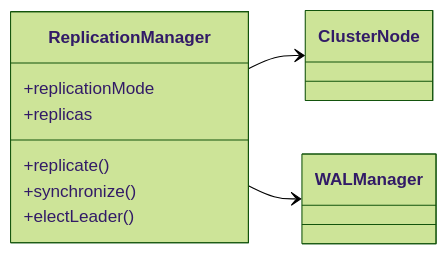
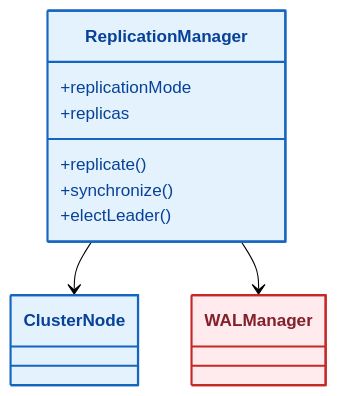
Before and after one commit to Huy1801214/dbms-architecture: diagram 18 of 19 in docs/README.md, drawn with Mermaid (forest theme). The commit also changed other lines of this file, not shown here.

Commit message:
add system architecture and class diagrams for DBMS design

````diff
--- a/docs/README.md
+++ b/docs/README.md
@@ -875,20 +1885,27 @@
 ```mermaid
 classDiagram
-direction LR
+direction TB
 
 class ReplicationManager{
     +replicationMode
     +replicas
 
     +replicate()
     +synchronize()
     +electLeader()
 }
 
 class ClusterNode
 
 class WALManager
 
 ReplicationManager --> ClusterNode
 ReplicationManager --> WALManager
+
+%% =====================================================
+%% STYLING DEFINITIONS
+%% =====================================================
+style ReplicationManager fill:#e3f2fd,stroke:#1565c0,stroke-width:2px,color:#084298
+style ClusterNode fill:#e3f2fd,stroke:#1565c0,stroke-width:2px,color:#084298
+style WALManager fill:#ffebee,stroke:#c62828,stroke-width:2px,color:#842029
 ```
````
